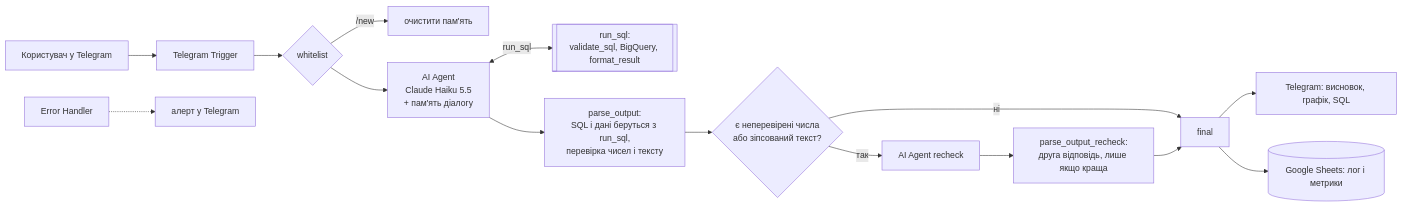
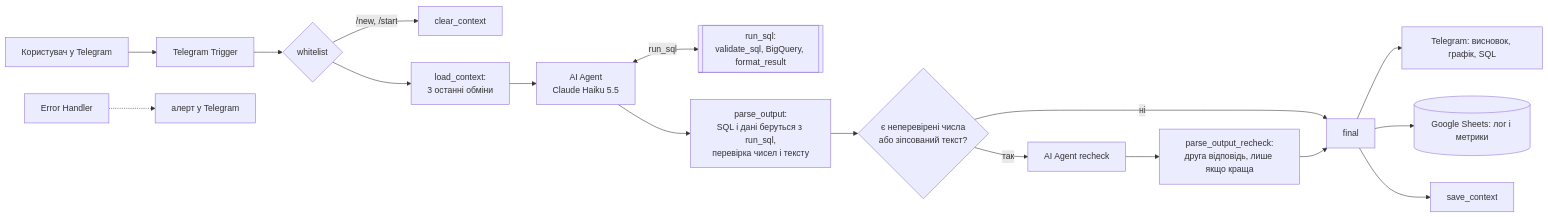
Before and after one commit to davladislavbondarenkooo/ai-analyst-bot: the diagram in README.md, drawn with Mermaid. The commit also changed other lines of this file and 13 other files, not shown here.

````diff
--- a/README.md
+++ b/README.md
@@ -35,17 +35,19 @@
 ```mermaid
 flowchart LR
   U["Користувач у Telegram"] --> T["Telegram Trigger"]
   T --> W{"whitelist"}
-  W -->|"/new"| M["очистити пам'ять"]
-  W --> A["AI Agent<br/>Claude Haiku 5.5<br/>+ пам'ять діалогу"]
+  W -->|"/new, /start"| M["clear_context"]
+  W --> K["load_context:<br/>3 останні обміни"]
+  K --> A["AI Agent<br/>Claude Haiku 5.5"]
   A <-->|"run_sql"| S[["run_sql:<br/>validate_sql, BigQuery, format_result"]]
   A --> P["parse_output:<br/>SQL і дані беруться з run_sql,<br/>перевірка чисел і тексту"]
   P --> R{"є неперевірені числа<br/>або зіпсований текст?"}
   R -->|"так"| A2["AI Agent recheck"]
   A2 --> P2["parse_output_recheck:<br/>друга відповідь, лише якщо краща"]
   R -->|"ні"| F["final"]
   P2 --> F
   F --> C["Telegram: висновок, графік, SQL"]
   F --> L[("Google Sheets: лог і метрики")]
+  F --> SC["save_context"]
   X["Error Handler"] -.-> N["алерт у Telegram"]
 ```
````
